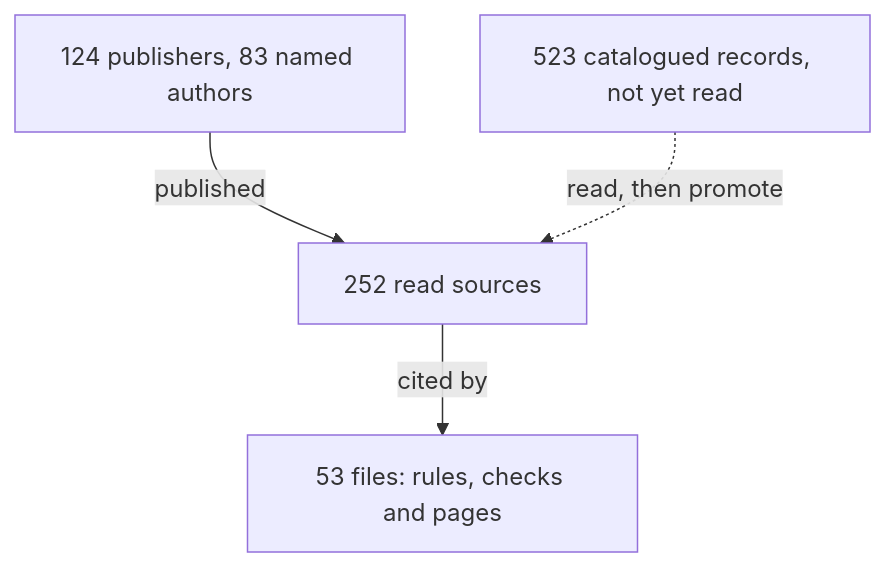
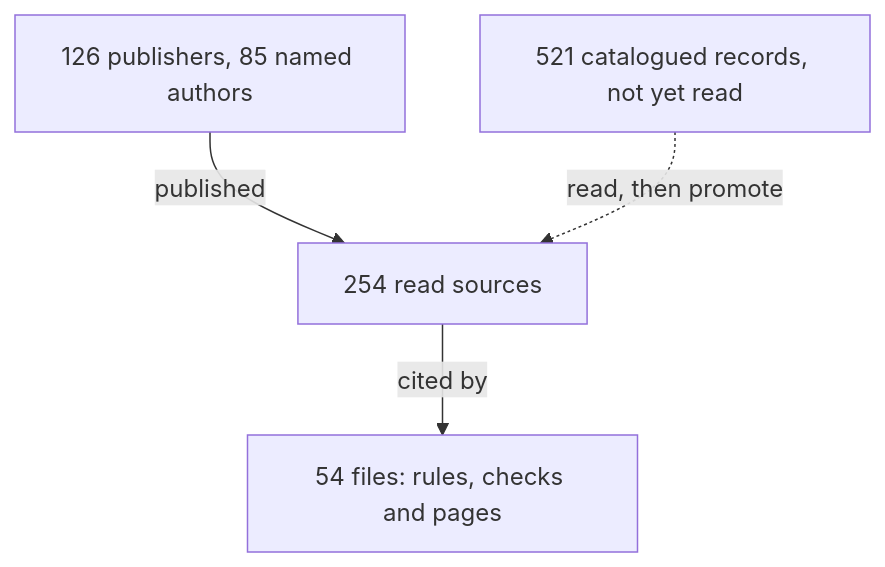
Before and after one commit to Valpatel/cad-agent: the diagram in docs/practice/experts.md, drawn with Mermaid. The commit also changed other lines of this file and 4 other files, not shown here.

````diff
--- a/docs/practice/experts.md
+++ b/docs/practice/experts.md
@@ -6,7 +6,7 @@
 ```mermaid
 flowchart TD
-  P["124 publishers, 83 named authors"] -->|published| S["252 read sources"]
-  S -->|cited by| U["53 files: rules, checks and pages"]
-  C["523 catalogued records, not yet read"] -.->|read, then promote| S
+  P["126 publishers, 85 named authors"] -->|published| S["254 read sources"]
+  S -->|cited by| U["54 files: rules, checks and pages"]
+  C["521 catalogued records, not yet read"] -.->|read, then promote| S
   class S here
 ```
````
